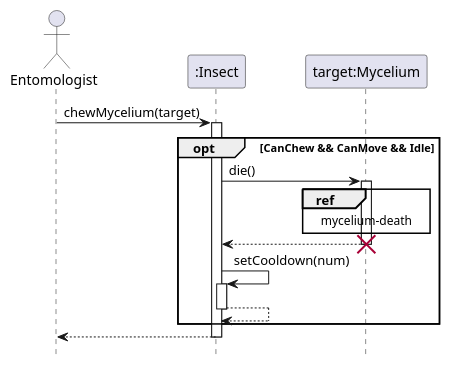
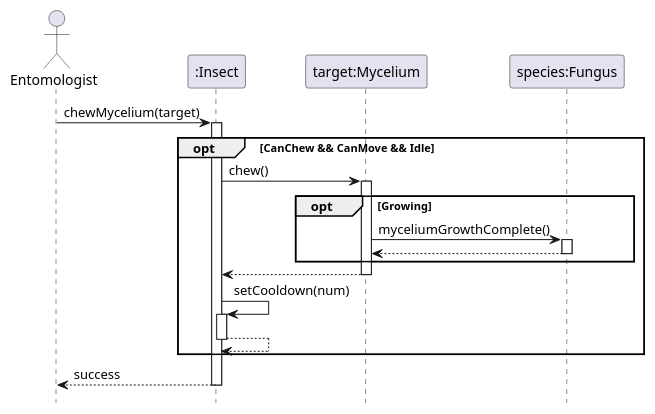
One commit to ZD4ve/projlab-error521 changed the diagram in SeqAndClassDiagrams/Insect/chew.puml. Above: the diagram before and after it, drawn with PlantUML. The commit also changed 18 other files, not shown here.

Commit message:
Fentről érkező áldás diagramba foglalása (emellett: konstruktorok konzisztenciájának növelése. felhasználó által hívott fügvények visszatérnek a sikerességükről)

```diff
--- a/SeqAndClassDiagrams/Insect/chew.puml
+++ b/SeqAndClassDiagrams/Insect/chew.puml
@@ -1,29 +1,29 @@
 @startuml Insect/chew
 hide footbox
 
 actor Entomologist
 participant ":Insect" as insect
 participant "target:Mycelium" as target
+participant "species:Fungus" as species
 
 Entomologist -> insect : chewMycelium(target)
 activate insect
 
 opt CanChew && CanMove && Idle
-    insect -> target : die()
+    insect -> target : chew()
     activate target
-
-    ref over target
-        mycelium-death
-    end ref
-
+    opt Growing
+        target -> species : myceliumGrowthComplete()
+        activate species
+        return
+    end
     return
-    destroy target
 
     insect -> insect : setCooldown(num)
     activate insect
     return
 end
 
-return
+return success
 
 @enduml
```
